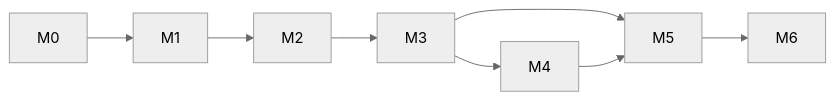
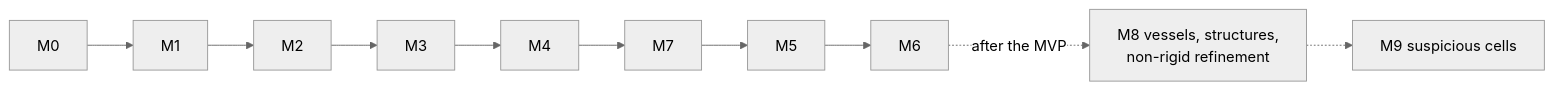
The diagram in docs/MVP.md (Mohammad-Aminazadeh/brain-3d-reconstruction), drawn with Mermaid (neutral theme) before and after one commit. The commit also changed other lines of this file and 12 other files, not shown here.

````diff
--- a/docs/MVP.md
+++ b/docs/MVP.md
@@ -85,5 +111,5 @@
 ```mermaid
 flowchart LR
-    M0 --> M1 --> M2 --> M3 --> M5 --> M6
-    M3 --> M4 --> M5
+    M0 --> M1 --> M2 --> M3 --> M4 --> M7 --> M5 --> M6
+    M6 -.after the MVP.-> M8[M8 vessels, structures,<br/>non-rigid refinement] -.-> M9[M9 suspicious cells]
 ```
````
